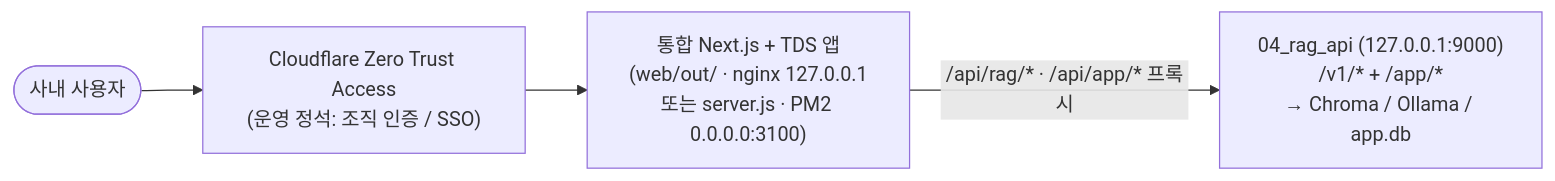
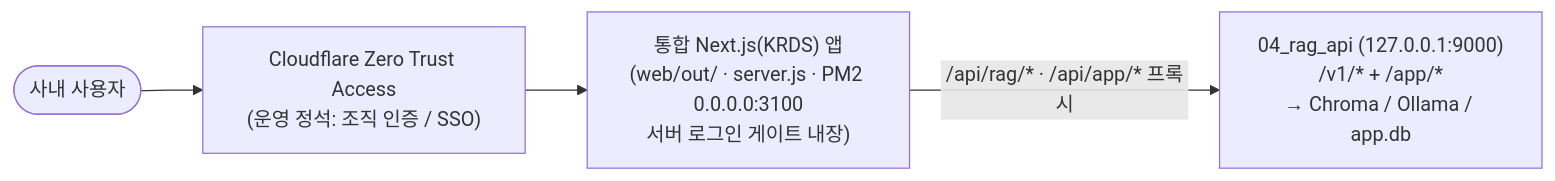
The fourth of 4 diagrams in docs/06-deployment.md (mooner92/KEIAdminSuperv), drawn with Mermaid before and after one commit. The commit also changed other lines of this file and 13 other files, not shown here.

````diff
--- a/docs/06-deployment.md
+++ b/docs/06-deployment.md
@@ -365,8 +373,8 @@
 ```mermaid
 flowchart LR
     USER(["사내 사용자"]) --> CF["Cloudflare Zero Trust Access<br/>(운영 정석: 조직 인증 / SSO)"]
-    CF --> SITE["통합 Next.js + TDS 앱<br/>(web/out/ · nginx 127.0.0.1<br/>또는 server.js · PM2 0.0.0.0:3100)"]
+    CF --> SITE["통합 Next.js(KRDS) 앱<br/>(web/out/ · server.js · PM2 0.0.0.0:3100<br/>서버 로그인 게이트 내장)"]
     SITE -->|/api/rag/* · /api/app/* 프록시| RAG["04_rag_api (127.0.0.1:9000)<br/>/v1/* + /app/*<br/>→ Chroma / Ollama / app.db"]
 
     classDef block fill:#fee,stroke:#c33;
 ```
````
